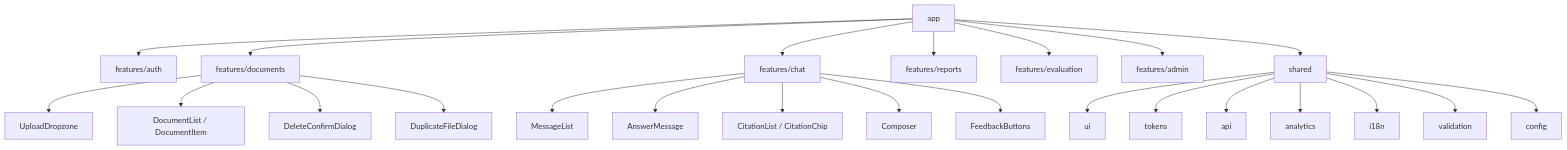
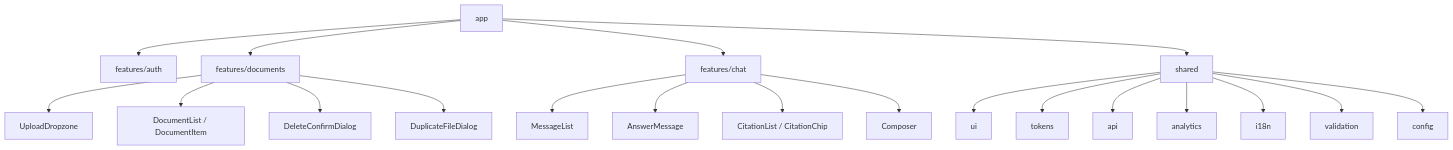
Before and after one commit to mdat1701/chat_with_document: the second of 9 diagrams in docs/design/SDD_UI_UX_Blueprint.md, drawn with Mermaid. The commit also changed other lines of this file and 126 other files, not shown here.

````diff
--- a/docs/design/SDD_UI_UX_Blueprint.md
+++ b/docs/design/SDD_UI_UX_Blueprint.md
@@ -196,29 +192,24 @@
 ```mermaid
 flowchart TD
     Root[app] --> Auth[features/auth]
     Root --> Docs[features/documents]
     Root --> Chat[features/chat]
-    Root --> Rep[features/reports]
-    Root --> Eval[features/evaluation]
-    Root --> Adm[features/admin]
-
     Docs --> D1[UploadDropzone]
     Docs --> D2[DocumentList / DocumentItem]
     Docs --> D3[DeleteConfirmDialog]
     Docs --> D4[DuplicateFileDialog]
 
     Chat --> C1[MessageList]
     Chat --> C2[AnswerMessage]
     Chat --> C3[CitationList / CitationChip]
     Chat --> C4[Composer]
-    Chat --> C5[FeedbackButtons]
 
     Root --> Shared[shared]
     Shared --> S1[ui]
     Shared --> S2[tokens]
     Shared --> S3[api]
     Shared --> S4[analytics]
     Shared --> S5[i18n]
     Shared --> S6[validation]
     Shared --> S7[config]
 ```
````
